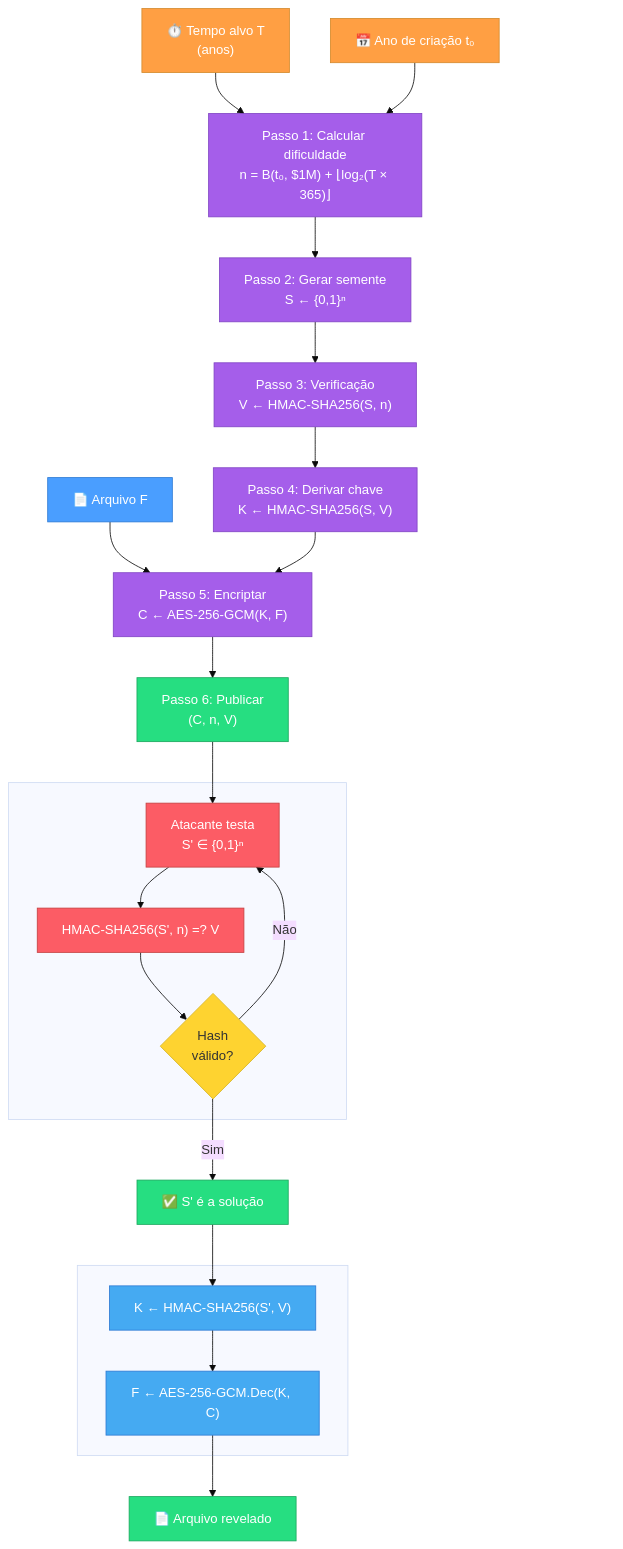
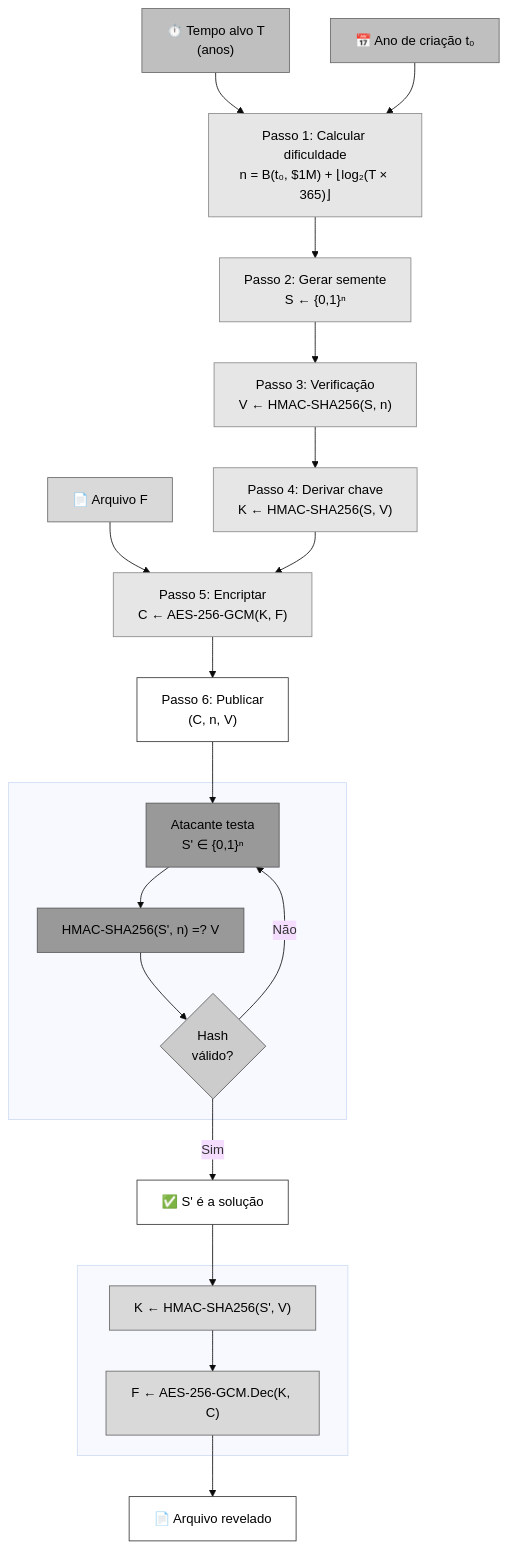
One commit to julioflima/article-time-vault changed the diagram in diagram.mmd. Above: the diagram before and after it, drawn with Mermaid (base theme). The commit also changed 5 other files, not shown here.

```diff
--- a/diagram.mmd
+++ b/diagram.mmd
@@ -1,54 +1,53 @@
 flowchart TD
     F["📄 Arquivo F"] --> enc
     T["⏱️ Tempo alvo T<br>(anos)"] --> diff
     t0["📅 Ano de criação t₀"] --> diff
 
     diff["Passo 1: Calcular dificuldade<br>n = B(t₀, $1M) + ⌊log₂(T × 365)⌋"]
 
     diff --> seed["Passo 2: Gerar semente<br>S ← {0,1}ⁿ"]
 
     seed --> hash["Passo 3: Verificação<br>V ← HMAC-SHA256(S, n)"]
 
     hash --> key["Passo 4: Derivar chave<br>K ← HMAC-SHA256(S, V)"]
 
     key --> enc["Passo 5: Encriptar<br>C ← AES-256-GCM(K, F)"]
 
     enc --> pub["Passo 6: Publicar<br>(C, n, V)"]
 
     pub --> atk
 
     subgraph "&nbsp;&nbsp;"
         atk["Atacante testa<br>S' ∈ {0,1}ⁿ"]
         atk --> hashcheck["HMAC-SHA256(S', n) =? V"]
         hashcheck --> check{"Hash<br>válido?"}
         check -->|Não| atk
     end
 
     check -->|Sim| found["✅ S' é a solução"]
 
     found --> deriveK
 
     subgraph "&nbsp;"
         deriveK["K ← HMAC-SHA256(S', V)"]
         deriveK --> decfile["F ← AES-256-GCM.Dec(K, C)"]
     end
 
     decfile --> result["📄 Arquivo revelado"]
 
-    style F fill:#4a9eff,stroke:#2d7ad4,color:#fff
-    style T fill:#ff9f43,stroke:#d48a2d,color:#fff
-    style t0 fill:#ff9f43,stroke:#d48a2d,color:#fff
-    style diff fill:#a55eea,stroke:#8044c4,color:#fff
-    style seed fill:#a55eea,stroke:#8044c4,color:#fff
-    style hash fill:#a55eea,stroke:#8044c4,color:#fff
-    style key fill:#a55eea,stroke:#8044c4,color:#fff
-    style enc fill:#a55eea,stroke:#8044c4,color:#fff
-    style pub fill:#26de81,stroke:#1ba85e,color:#fff
-    style atk fill:#fc5c65,stroke:#c44040,color:#fff
-    style hashcheck fill:#fc5c65,stroke:#c44040,color:#fff
-    style check fill:#fed330,stroke:#d4b320,color:#333
-    style found fill:#26de81,stroke:#1ba85e,color:#fff
-    style deriveK fill:#45aaf2,stroke:#2d7ad4,color:#fff
-    style decfile fill:#45aaf2,stroke:#2d7ad4,color:#fff
-    style result fill:#26de81,stroke:#1ba85e,color:#fff
-    style atk2 fill:transparent,stroke:transparent,color:transparent
+    style F fill:#d9d9d9,stroke:#666,color:#000
+    style T fill:#bfbfbf,stroke:#666,color:#000
+    style t0 fill:#bfbfbf,stroke:#666,color:#000
+    style diff fill:#e6e6e6,stroke:#888,color:#000
+    style seed fill:#e6e6e6,stroke:#888,color:#000
+    style hash fill:#e6e6e6,stroke:#888,color:#000
+    style key fill:#e6e6e6,stroke:#888,color:#000
+    style enc fill:#e6e6e6,stroke:#888,color:#000
+    style pub fill:#fff,stroke:#333,color:#000
+    style atk fill:#999,stroke:#555,color:#000
+    style hashcheck fill:#999,stroke:#555,color:#000
+    style check fill:#ccc,stroke:#555,color:#000
+    style found fill:#fff,stroke:#333,color:#000
+    style deriveK fill:#d9d9d9,stroke:#666,color:#000
+    style decfile fill:#d9d9d9,stroke:#666,color:#000
+    style result fill:#fff,stroke:#333,color:#000
```
